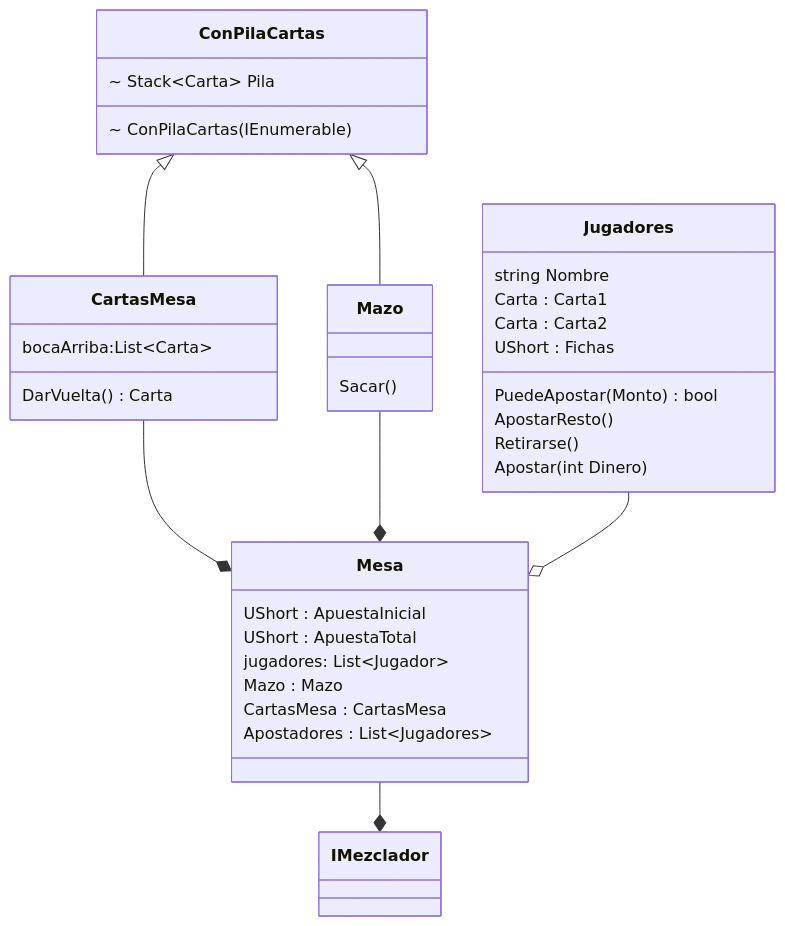
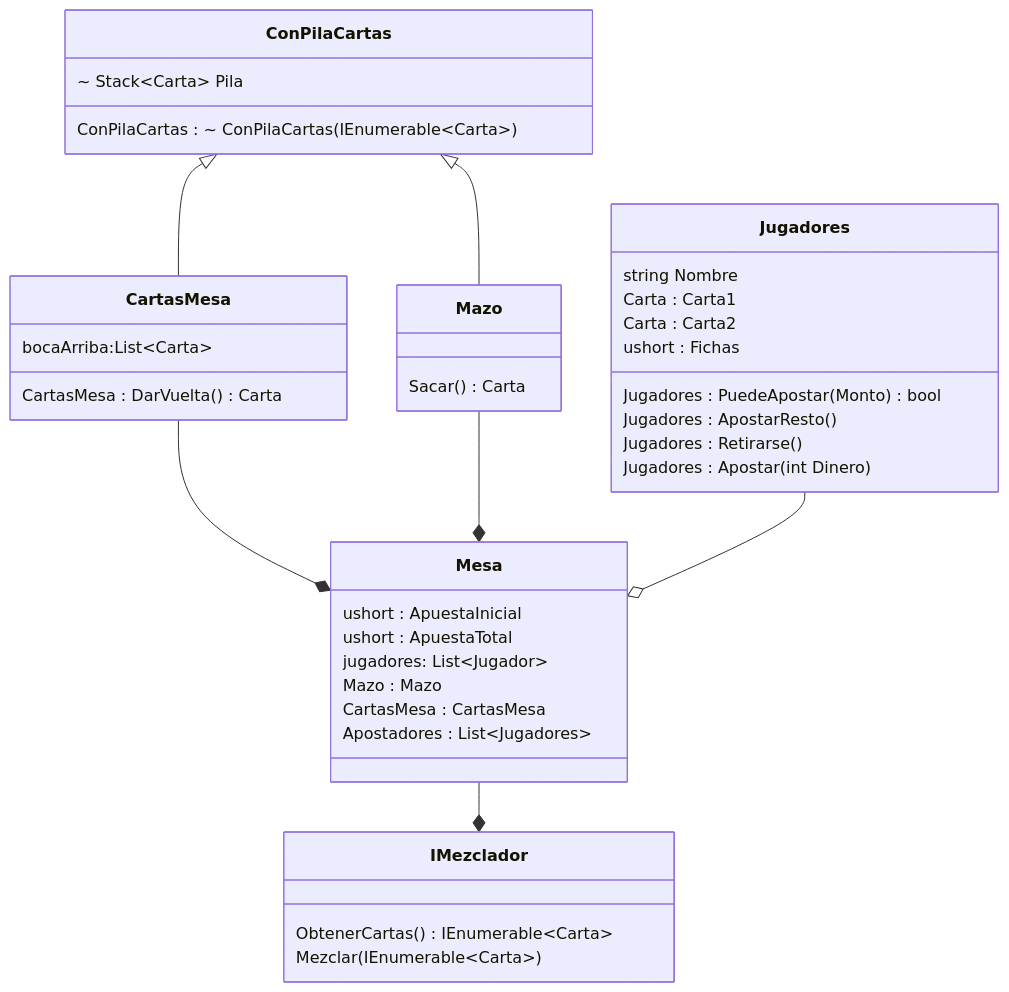
The diagram in README.md (luchoxx87/Poker12), drawn with Mermaid before and after one commit.

Commit message:
Diagrama Mejor

````diff
--- a/README.md
+++ b/README.md
@@ -2,52 +2,52 @@
 ```mermaid
 classDiagram
 
     ConPilaCartas <|-- CartasMesa
     ConPilaCartas <|-- Mazo
     CartasMesa --* Mesa
     Mazo --* Mesa
     Mesa --* IMezclador
     Jugadores --o Mesa
-    Jugadores : PuedeApostar(Monto) bool
-    Jugadores : ApostarResto()
-    Jugadores : Retirarse()
-    Jugadores : Apostar(int Dinero)
-    ConPilaCartas : ~ ConPilaCartas(IEnumerable<Carta>)
-    CartasMesa : DarVuelta() Carta
-    Mazo : Sacar()
 
 
     class Jugadores{
         string Nombre
         Carta : Carta1
         Carta : Carta2
-        UShort : Fichas
+        ushort : Fichas
+        Jugadores : PuedeApostar(Monto) bool
+        Jugadores : ApostarResto()
+        Jugadores : Retirarse()
+        Jugadores : Apostar(int Dinero)
     }
 
     class IMezclador{
-
+        ObtenerCartas() IEnumerable~Carta~
+        Mezclar (IEnumerable~Carta~)
     }
 
     class Mazo{
-
+        Sacar() Carta
     }
 
     class CartasMesa{
         bocaArriba:List~Carta~
+        CartasMesa : DarVuelta() Carta
     }
 
     class Mesa{
-        UShort : ApuestaInicial
-        UShort : ApuestaTotal
+        ushort : ApuestaInicial
+        ushort : ApuestaTotal
         jugadores: List~Jugador~
         Mazo : Mazo
         CartasMesa : CartasMesa
         Apostadores : List~Jugadores~
     }
 
     class ConPilaCartas{
         ~ Stack~Carta~ Pila
+        ConPilaCartas : ~ ConPilaCartas(IEnumerable~Carta~)
     }
 
 
 ```
````
